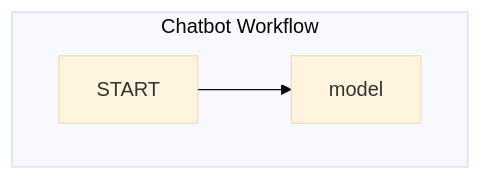
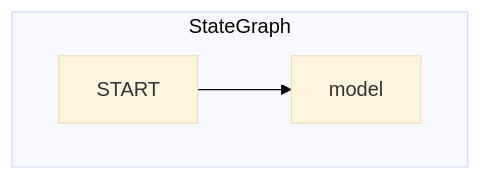
Before and after one commit to Patotricks15/Generative-AI-projects: the diagram in chatbot/README.md, drawn with Mermaid (base theme). The commit also changed other lines of this file and 22 other files, not shown here.

````diff
--- a/chatbot/README.md
+++ b/chatbot/README.md
@@ -11,7 +11,7 @@
 ```mermaid
 flowchart TD
-subgraph Chatbot Workflow
+subgraph StateGraph
     START --> model
     model
 end
 ```
````
